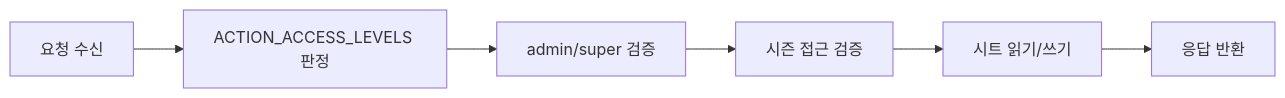
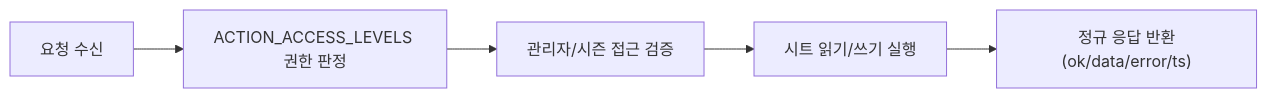
The diagram in docs/Wiki/05_Data_And_RBAC_Reference.md (cloud-club/CloudClubAttendanceSystem), drawn with Mermaid before and after one commit. The commit also changed other lines of this file and 7 other files, not shown here.

````diff
--- a/docs/Wiki/05_Data_And_RBAC_Reference.md
+++ b/docs/Wiki/05_Data_And_RBAC_Reference.md
@@ -6,8 +6,7 @@
 ```mermaid
 flowchart LR
-  A["요청 수신"] --> B["ACTION_ACCESS_LEVELS 판정"]
-  B --> C["admin/super 검증"]
-  C --> D["시즌 접근 검증"]
-  D --> E["시트 읽기/쓰기"]
-  E --> F["응답 반환"]
+  A["요청 수신"] --> B["ACTION_ACCESS_LEVELS 권한 판정"]
+  B --> C["관리자/시즌 접근 검증"]
+  C --> D["시트 읽기/쓰기 실행"]
+  D --> E["정규 응답 반환(ok/data/error/ts)"]
 ```
````
